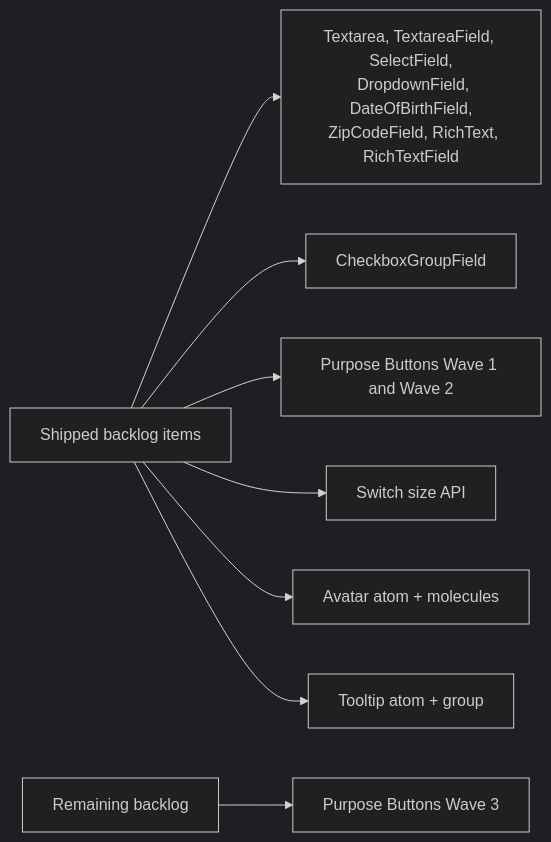
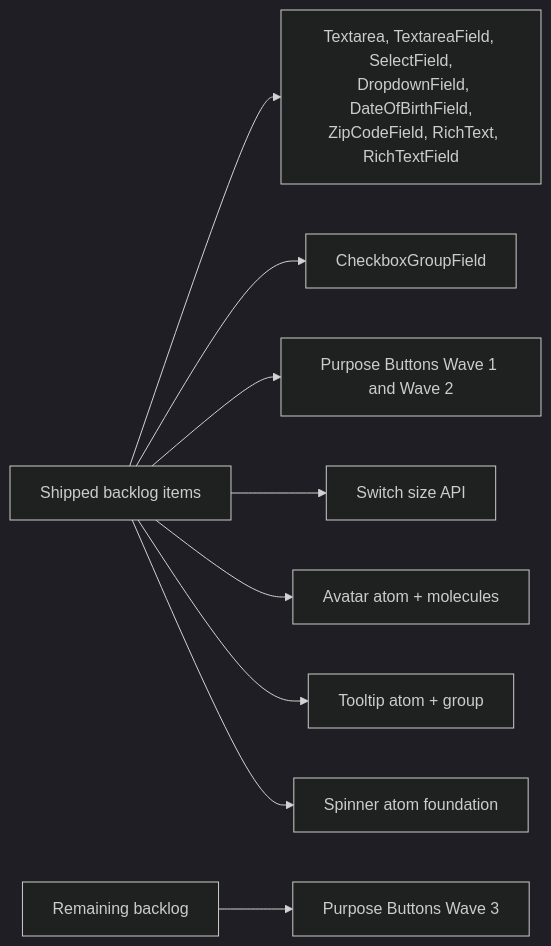
Before and after one commit to niklas-westman/marwes: the first of 2 diagrams in docs/planning/component-backlog.md, drawn with Mermaid (dark theme). The commit also changed other lines of this file and 19 other files, not shown here.

````diff
--- a/docs/planning/component-backlog.md
+++ b/docs/planning/component-backlog.md
@@ -9,16 +9,17 @@
 ```mermaid
 flowchart LR
   Done[Shipped backlog items]
   Remaining[Remaining backlog]
 
   Done --> Inputs[Textarea, TextareaField, SelectField,
   DropdownField, DateOfBirthField,
   ZipCodeField, RichText, RichTextField]
   Done --> Fields[CheckboxGroupField]
   Done --> Buttons[Purpose Buttons Wave 1 and Wave 2]
   Done --> Switches[Switch size API]
   Done --> Avatar[Avatar atom + molecules]
   Done --> Tooltip[Tooltip atom + group]
+  Done --> Spinner[Spinner atom foundation]
 
   Remaining --> Wave3[Purpose Buttons Wave 3]
 ```
````
